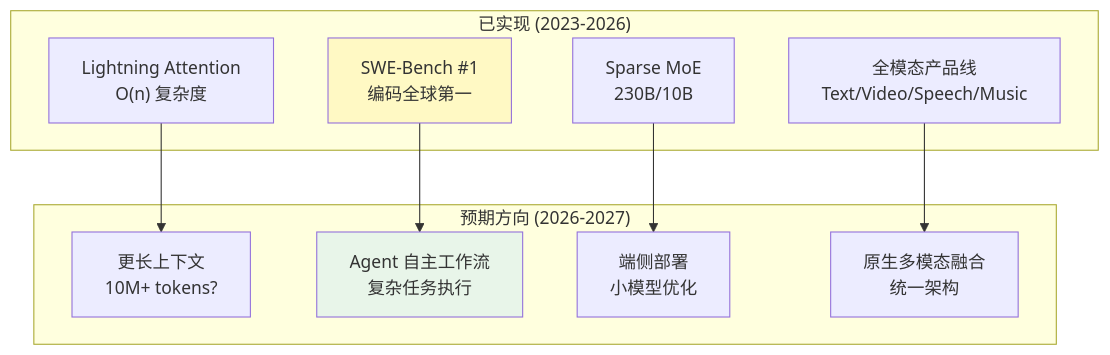
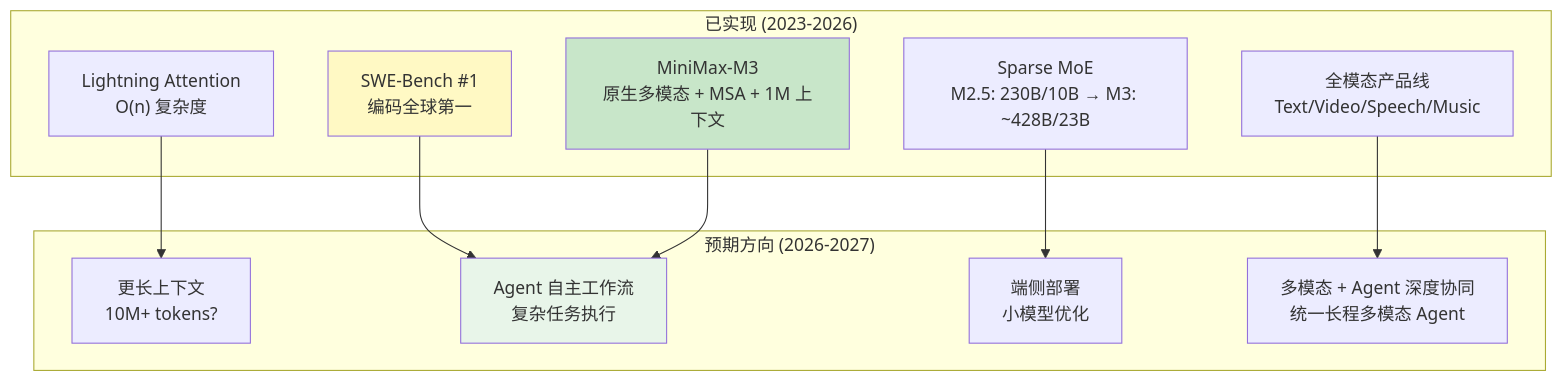
Before and after one commit to CloudManHQ/CloudMaster: the seventh of 7 diagrams in 04_NLP_LLMs/Chinese_LLM_Ecosystem/MiniMax_Deep_Dive.md, drawn with Mermaid. The commit also changed other lines of this file and 30 other files, not shown here.

````diff
--- a/04_NLP_LLMs/Chinese_LLM_Ecosystem/MiniMax_Deep_Dive.md
+++ b/04_NLP_LLMs/Chinese_LLM_Ecosystem/MiniMax_Deep_Dive.md
@@ -1202,24 +1478,27 @@
 ```mermaid
 graph TD
     subgraph "已实现 (2023-2026)"
         P1["Lightning Attention<br/>O(n) 复杂度"]
-        P2["Sparse MoE<br/>230B/10B"]
+        P2["Sparse MoE<br/>M2.5: 230B/10B → M3: ~428B/23B"]
         P3["全模态产品线<br/>Text/Video/Speech/Music"]
         P4["SWE-Bench #1<br/>编码全球第一"]
+        P5["MiniMax-M3<br/>原生多模态 + MSA + 1M 上下文"]
     end
     
     subgraph "预期方向 (2026-2027)"
         F1["更长上下文<br/>10M+ tokens?"]
         F2["Agent 自主工作流<br/>复杂任务执行"]
         F3["端侧部署<br/>小模型优化"]
-        F4["原生多模态融合<br/>统一架构"]
+        F4["多模态 + Agent 深度协同<br/>统一长程多模态 Agent"]
     end
     
     P1 --> F1
     P2 --> F3
     P3 --> F4
     P4 --> F2
+    P5 --> F2
     
     style P4 fill:#fff9c4
+    style P5 fill:#c8e6c9
     style F2 fill:#e8f5e9
 ```
````
